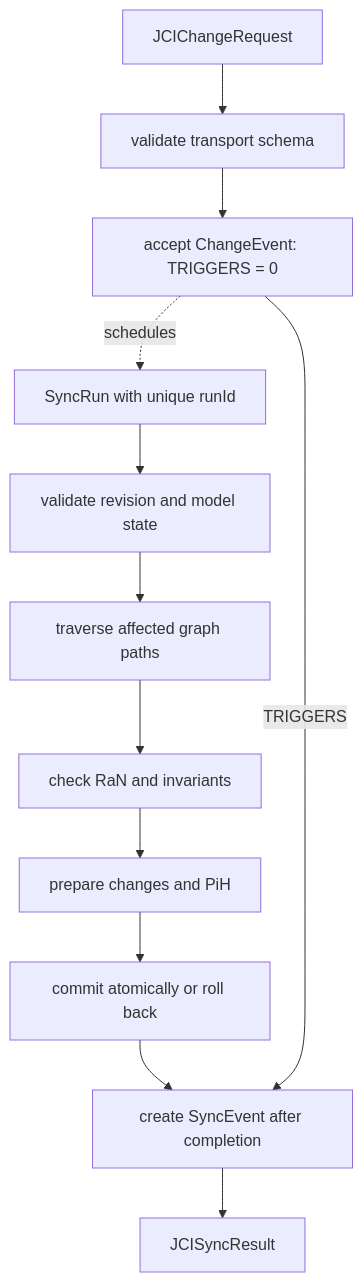
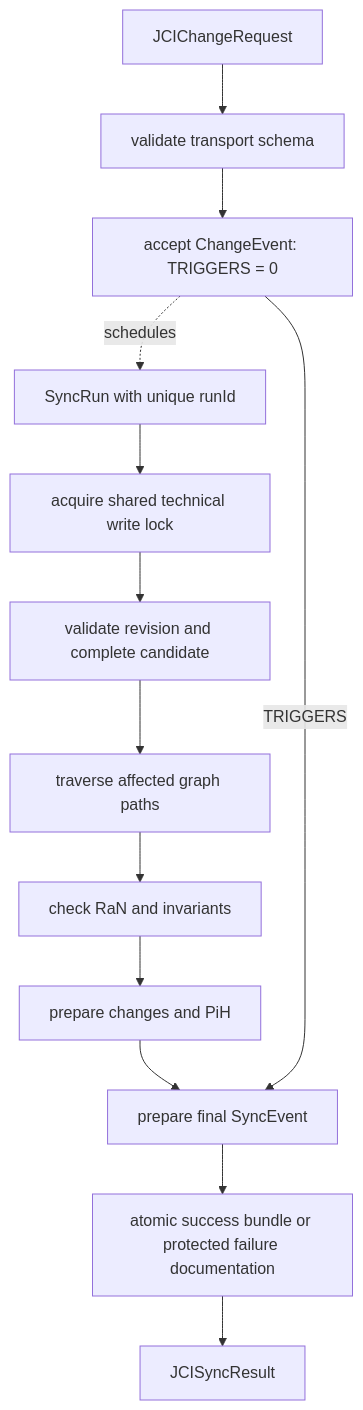
The diagram in docs/en/guides/JCI_IMPLEMENTATION_GUIDE.md (eeimicke/junaco-jci-loop), drawn with Mermaid before and after one commit. The commit also changed other lines of this file and 42 other files, not shown here.

````diff
--- a/docs/en/guides/JCI_IMPLEMENTATION_GUIDE.md
+++ b/docs/en/guides/JCI_IMPLEMENTATION_GUIDE.md
@@ -47,14 +61,15 @@
 ```mermaid
 flowchart TD
     Request[JCIChangeRequest] --> Transport[validate transport schema]
     Transport --> ChangeEvent[accept ChangeEvent: TRIGGERS = 0]
     ChangeEvent -. schedules .-> Run[SyncRun with unique runId]
-    Run --> Validate[validate revision and model state]
+    Run --> Gate[acquire shared technical write lock]
+    Gate --> Validate[validate revision and complete candidate]
     Validate --> Traverse[traverse affected graph paths]
     Traverse --> Rules[check RaN and invariants]
     Rules --> Prepare[prepare changes and PiH]
-    Prepare --> Commit[commit atomically or roll back]
-    Commit --> Event[create SyncEvent after completion]
+    Prepare --> Event[prepare final SyncEvent]
     ChangeEvent -->|TRIGGERS| Event
-    Event --> Result[JCISyncResult]
+    Event --> Commit[atomic success bundle or protected failure documentation]
+    Commit --> Result[JCISyncResult]
 ```
````
